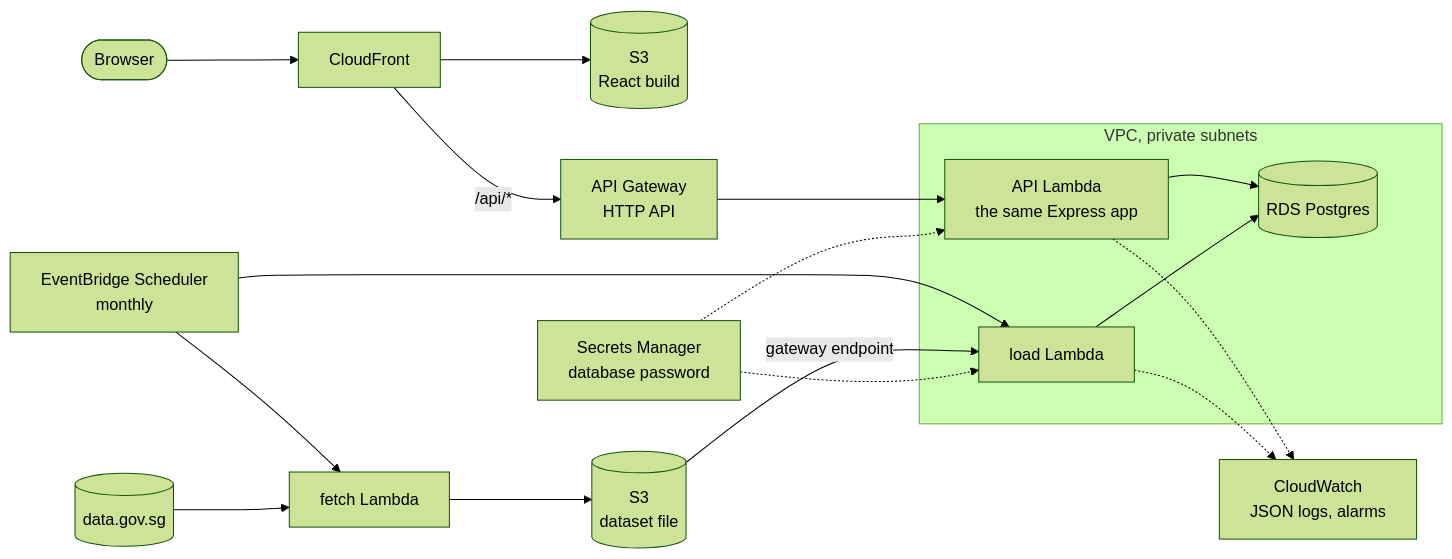
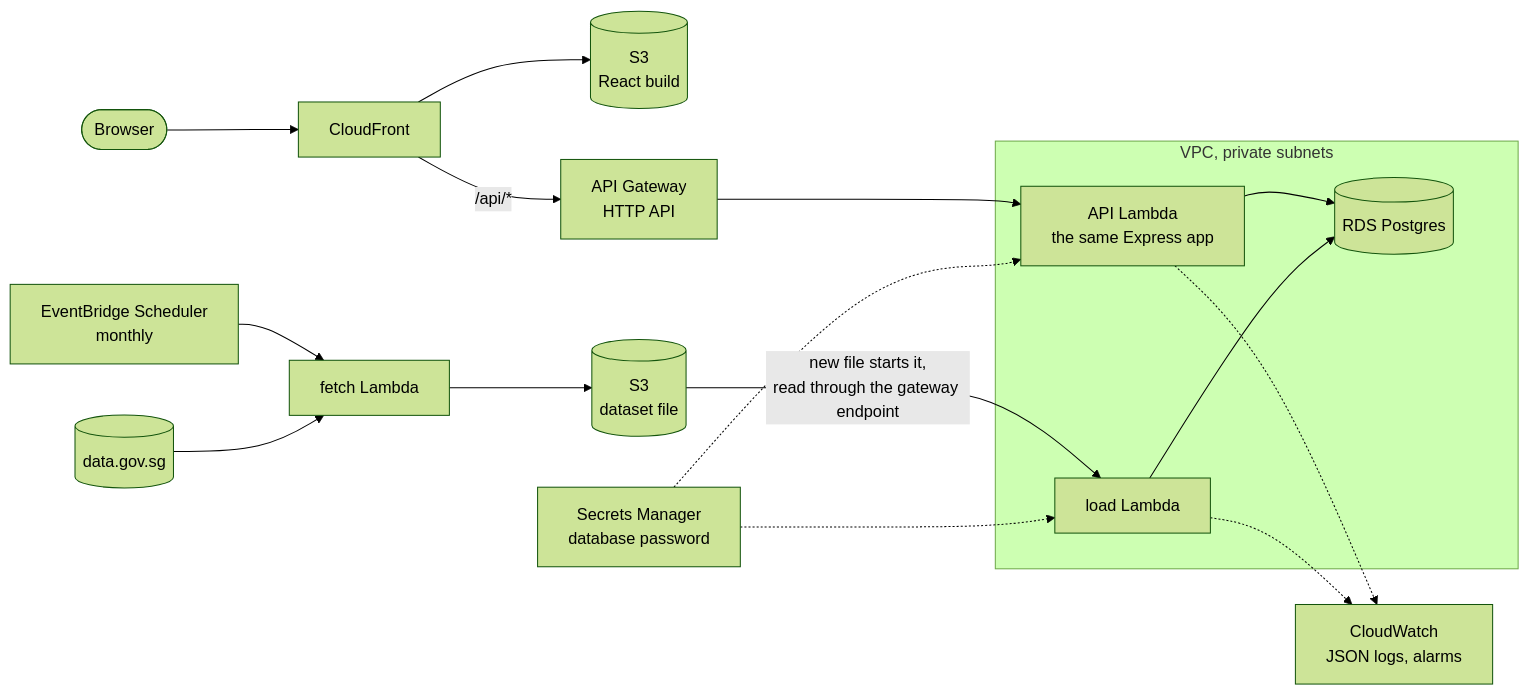
One commit to winQe/rent-lens changed the second of 2 diagrams in docs/DESIGN.md. Above: the diagram before and after it, drawn with Mermaid (forest theme). The commit also changed other lines of this file and 1 other file, not shown here.

````diff
--- a/docs/DESIGN.md
+++ b/docs/DESIGN.md
@@ -80,34 +80,33 @@
 ```mermaid
 flowchart LR
   browser([Browser])
   cf["CloudFront"]
   s3web[("S3<br/>React build")]
   apigw["API Gateway<br/>HTTP API"]
   subgraph vpc["VPC, private subnets"]
     apiFn["API Lambda<br/>the same Express app"]
     loadFn["load Lambda"]
     rds[("RDS Postgres")]
   end
   scheduler["EventBridge Scheduler<br/>monthly"]
   fetchFn["fetch Lambda"]
   s3data[("S3<br/>dataset file")]
   source[("data.gov.sg")]
   secrets["Secrets Manager<br/>database password"]
   logs["CloudWatch<br/>JSON logs, alarms"]
 
   browser --> cf
   cf --> s3web
   cf -- "/api/*" --> apigw
   apigw --> apiFn
   apiFn --> rds
   scheduler --> fetchFn
-  scheduler --> loadFn
   source --> fetchFn
   fetchFn --> s3data
-  s3data -- "gateway endpoint" --> loadFn
+  s3data -- "new file starts it,<br/>read through the gateway endpoint" --> loadFn
   loadFn --> rds
   secrets -.-> apiFn
   secrets -.-> loadFn
   apiFn -.-> logs
   loadFn -.-> logs
 ```
````
